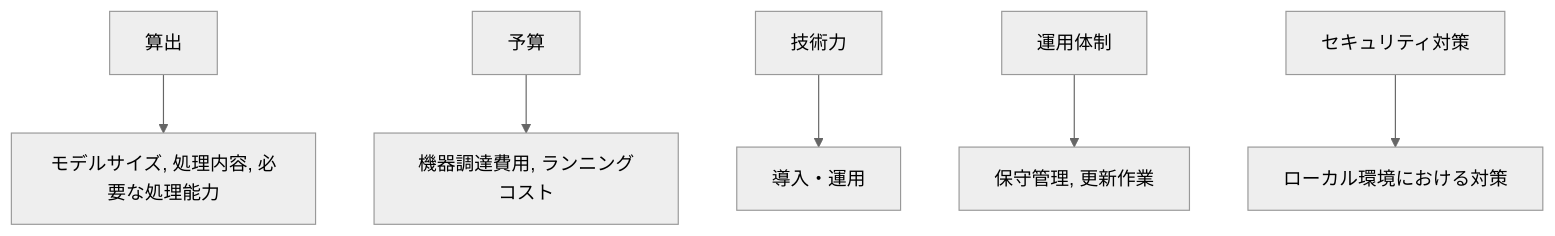
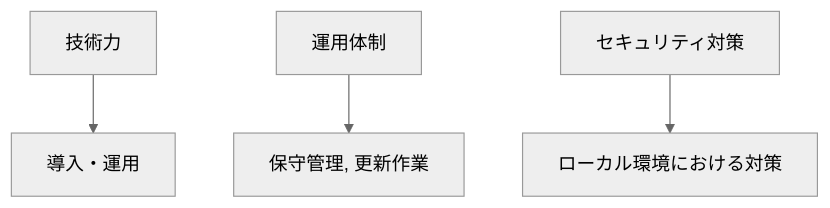
The eighth of 11 diagrams in README.md (SparklingDetergent/doc_genai_The_usefulness_of_local_LLM), drawn with Mermaid (neutral theme) before and after one commit. The commit also changed other lines of this file, not shown here.

````diff
--- a/README.md
+++ b/README.md
@@ -133,17 +149,11 @@
 ```mermaid
 graph TD
-A[算出]
-A --> C[モデルサイズ, 処理内容, 必要な処理能力]
-
-D[予算]
-D --> E[機器調達費用, ランニングコスト]
-
 F[技術力]
 F --> G[導入・運用]
 
 H[運用体制]
 H --> I[保守管理, 更新作業]
 
 J[セキュリティ対策]
 J --> K[ローカル環境における対策]
 ```
````
